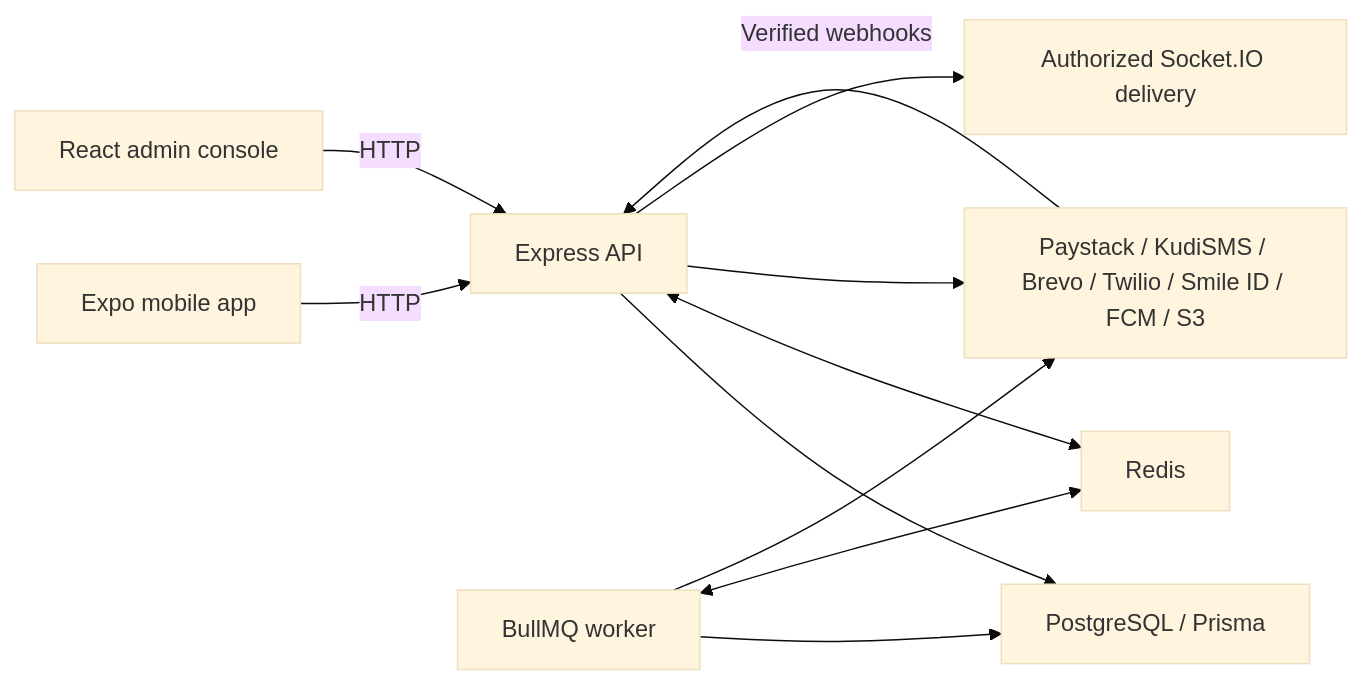
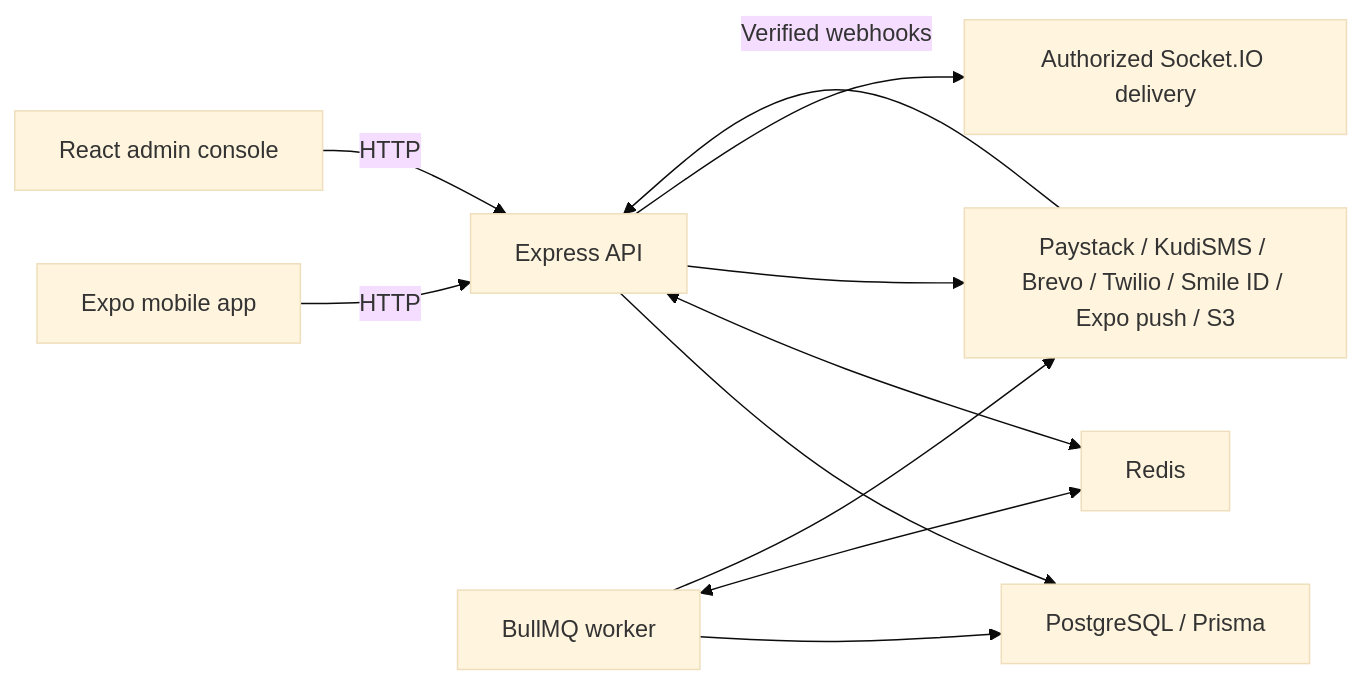
One commit to playbookTV/hire-quick changed the first of 2 diagrams in docs/ARCHITECTURE.md. Above: the diagram before and after it, drawn with Mermaid (base theme). The commit also changed other lines of this file and 300 other files, not shown here.

````diff
--- a/docs/ARCHITECTURE.md
+++ b/docs/ARCHITECTURE.md
@@ -9,13 +9,13 @@
 ```mermaid
 flowchart LR
   Mobile["Expo mobile app"] -->|"HTTP"| API["Express API"]
   Admin["React admin console"] -->|"HTTP"| API
   API --> DB["PostgreSQL / Prisma"]
   Worker["BullMQ worker"] --> DB
   API <--> Redis["Redis"]
   Worker <--> Redis
-  API --> Providers["Paystack / KudiSMS / Brevo / Twilio / Smile ID / FCM / S3"]
+  API --> Providers["Paystack / KudiSMS / Brevo / Twilio / Smile ID / Expo push / S3"]
   Worker --> Providers
   Providers -->|"Verified webhooks"| API
   API --> Socket["Authorized Socket.IO delivery"]
 ```
````
